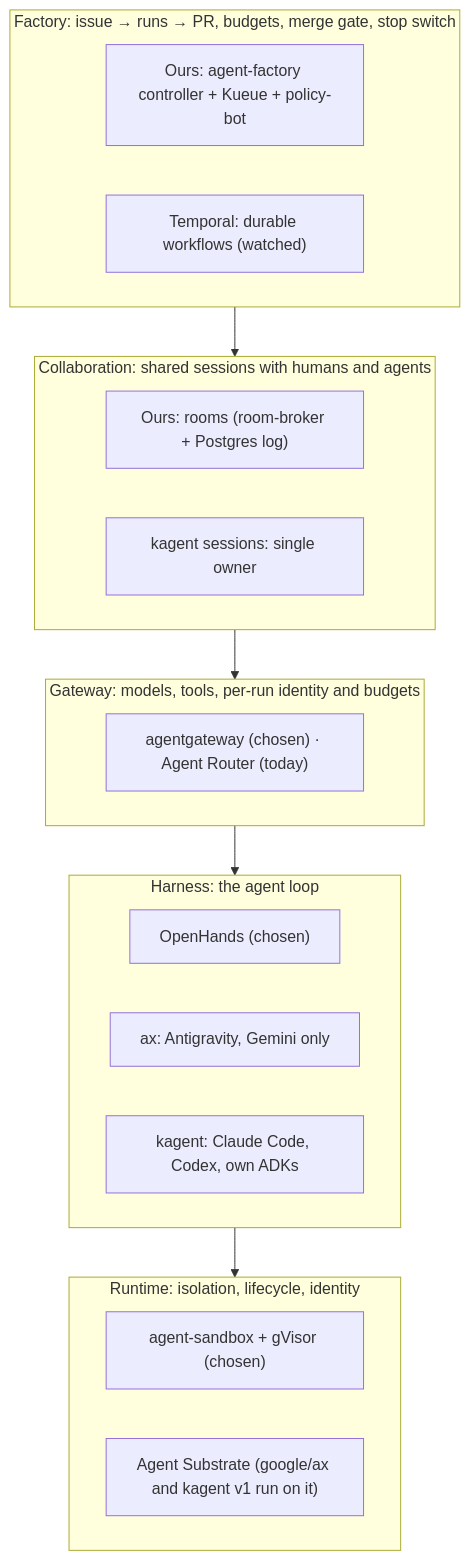
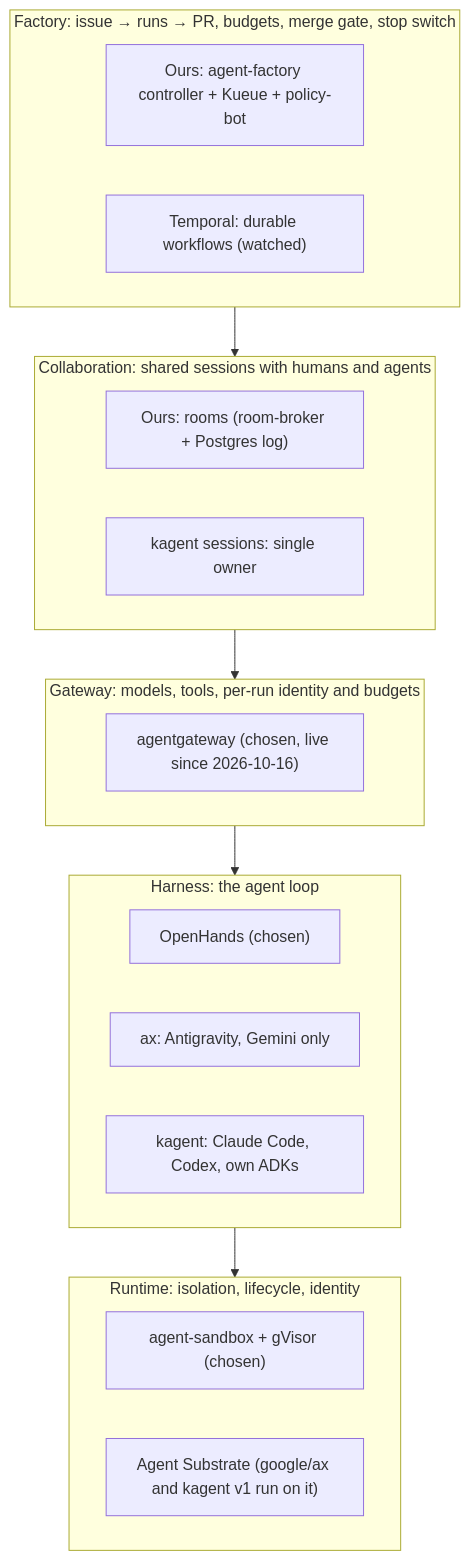
The diagram in website/content/docs/platform/ai-platform/agents/alternatives.md (Smana/cloud-native-ref), drawn with Mermaid before and after one commit. The commit also changed other lines of this file and 10 other files, not shown here.

First line of the commit message:
docs(agents): describe the agent router on agentgateway after phase H (#2432)

````diff
--- a/website/content/docs/platform/ai-platform/agents/alternatives.md
+++ b/website/content/docs/platform/ai-platform/agents/alternatives.md
@@ -40,24 +40,24 @@
 ```mermaid
 flowchart TB
   subgraph L5["Factory: issue → runs → PR, budgets, merge gate, stop switch"]
     F5["Ours: agent-factory controller + Kueue + policy-bot"]
     T5["Temporal: durable workflows (watched)"]
   end
   subgraph L4["Collaboration: shared sessions with humans and agents"]
     F4["Ours: rooms (room-broker + Postgres log)"]
     K4["kagent sessions: single owner"]
   end
   subgraph L3["Gateway: models, tools, per-run identity and budgets"]
-    F3["agentgateway (chosen) · Agent Router (today)"]
+    F3["agentgateway (chosen, live since 2026-10-16)"]
   end
   subgraph L2["Harness: the agent loop"]
     F2["OpenHands (chosen)"]
     A2["ax: Antigravity, Gemini only"]
     K2["kagent: Claude Code, Codex, own ADKs"]
   end
   subgraph L1["Runtime: isolation, lifecycle, identity"]
     F1["agent-sandbox + gVisor (chosen)"]
     S1["Agent Substrate (google/ax and kagent v1 run on it)"]
   end
   L5 --> L4 --> L3 --> L2 --> L1
 ```
````
